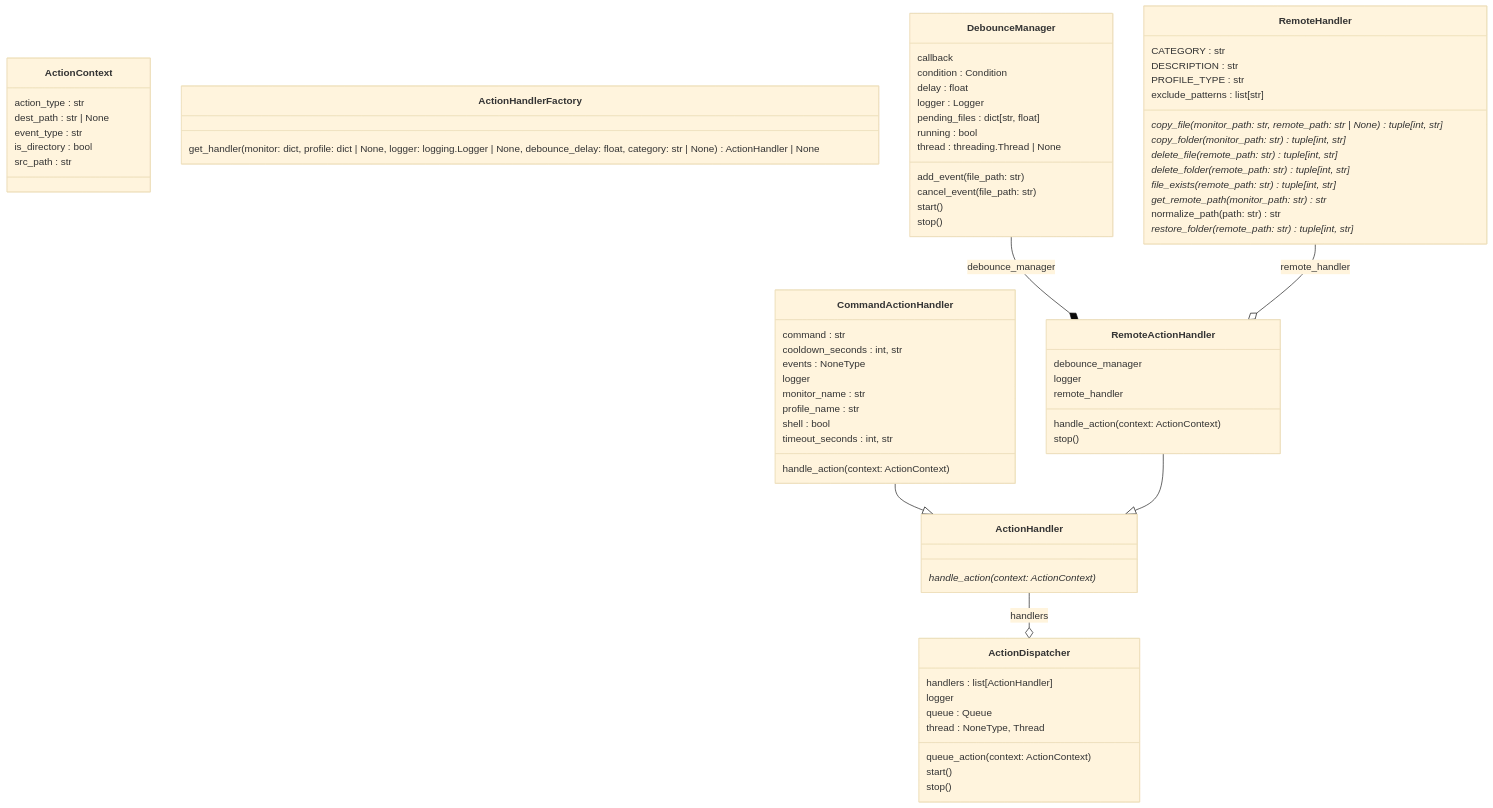
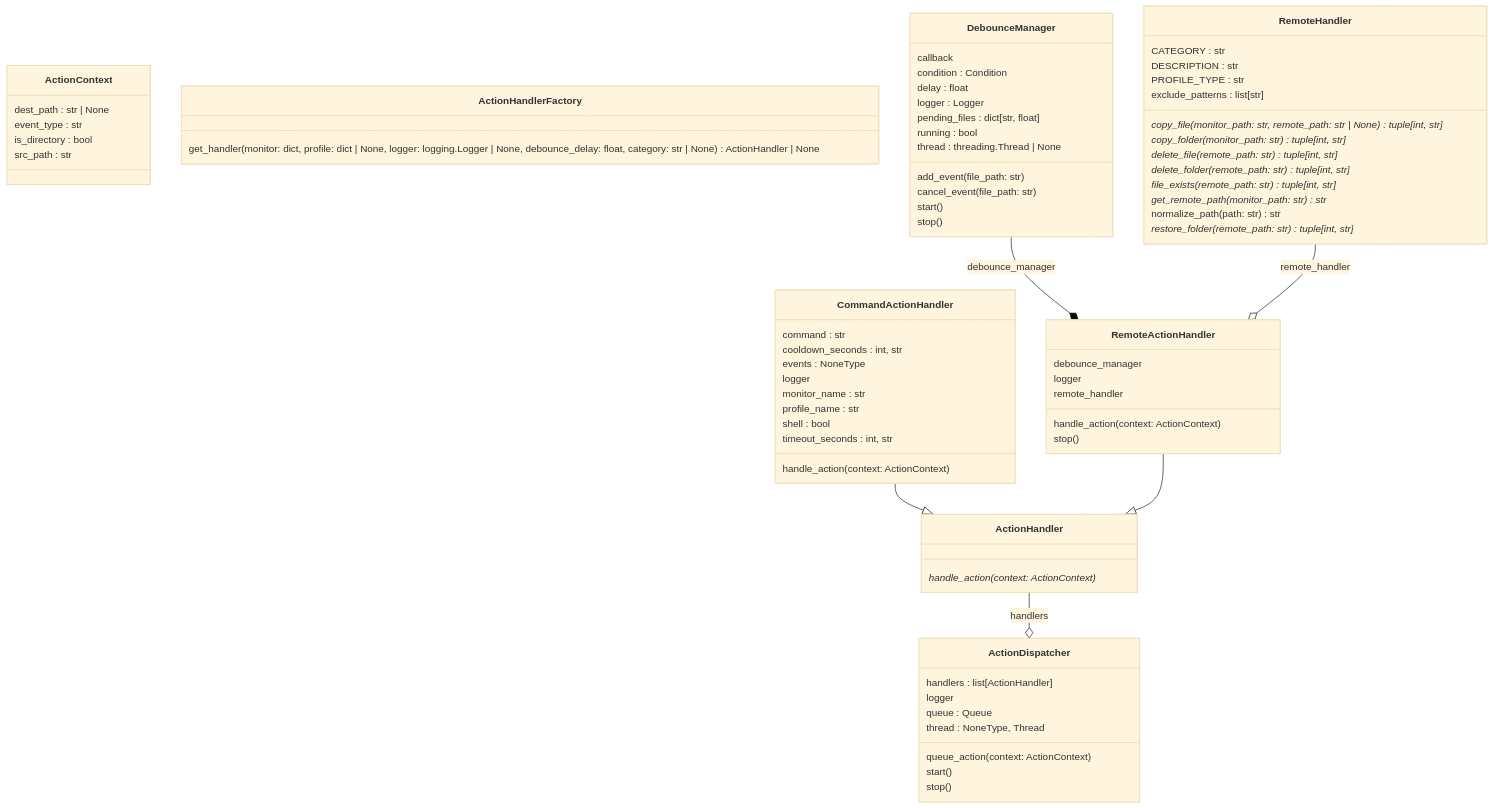
One commit to Transparent-Systems/monitorhub changed the first of 2 diagrams in ARCHITECTURE.md. Above: the diagram before and after it, drawn with Mermaid (base theme). The commit also changed 3 other files, not shown here.

````diff
--- a/ARCHITECTURE.md
+++ b/ARCHITECTURE.md
@@ -8,75 +8,74 @@
 ```mermaid
 classDiagram
   class ActionContext {
-    action_type : str
     dest_path : str | None
     event_type : str
     is_directory : bool
     src_path : str
   }
   class ActionDispatcher {
     handlers : list[ActionHandler]
     logger
     queue : Queue
     thread : NoneType, Thread
     queue_action(context: ActionContext)
     start()
     stop()
   }
   class ActionHandler {
     handle_action(context: ActionContext)*
   }
   class ActionHandlerFactory {
     get_handler(monitor: dict, profile: dict | None, logger: logging.Logger | None, debounce_delay: float, category: str | None) ActionHandler | None
   }
   class CommandActionHandler {
     command : str
     cooldown_seconds : int, str
     events : NoneType
     logger
     monitor_name : str
     profile_name : str
     shell : bool
     timeout_seconds : int, str
     handle_action(context: ActionContext)
   }
   class DebounceManager {
     callback
     condition : Condition
     delay : float
     logger : Logger
     pending_files : dict[str, float]
     running : bool
     thread : threading.Thread | None
     add_event(file_path: str)
     cancel_event(file_path: str)
     start()
     stop()
   }
   class RemoteActionHandler {
     debounce_manager
     logger
     remote_handler
     handle_action(context: ActionContext)
     stop()
   }
   class RemoteHandler {
     CATEGORY : str
     DESCRIPTION : str
     PROFILE_TYPE : str
     exclude_patterns : list[str]
     copy_file(monitor_path: str, remote_path: str | None)* tuple[int, str]
     copy_folder(monitor_path: str)* tuple[int, str]
     delete_file(remote_path: str)* tuple[int, str]
     delete_folder(remote_path: str)* tuple[int, str]
     file_exists(remote_path: str)* tuple[int, str]
     get_remote_path(monitor_path: str)* str
     normalize_path(path: str) str
     restore_folder(remote_path: str)* tuple[int, str]
   }
   CommandActionHandler --|> ActionHandler
   RemoteActionHandler --|> ActionHandler
   DebounceManager --* RemoteActionHandler : debounce_manager
   ActionHandler --o ActionDispatcher : handlers
   RemoteHandler --o RemoteActionHandler : remote_handler
 ```
````
